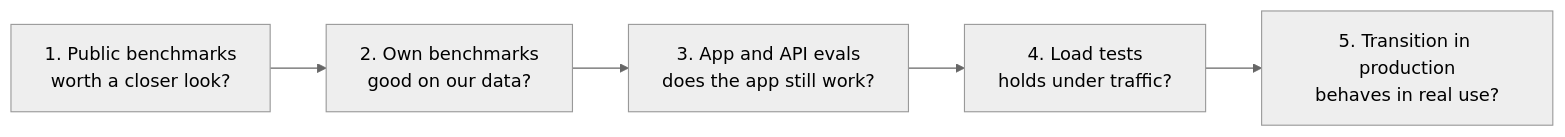
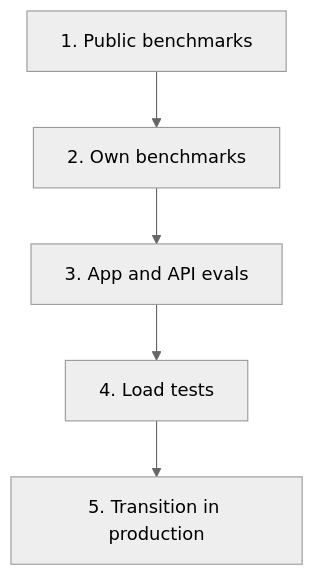
Before and after one commit to DCC-BS/documentation: the diagram in markdown/evaluation/how-we-test.md, drawn with Mermaid (neutral theme). The commit also changed 4 other files, not shown here.

Commit message:
fix(evaluation): readable layer diagram and tighter wording

````diff
--- a/markdown/evaluation/how-we-test.md
+++ b/markdown/evaluation/how-we-test.md
@@ -11,7 +11,7 @@
 ```mermaid
-flowchart LR
-    A["1. Public benchmarks<br/>worth a closer look?"] --> B["2. Own benchmarks<br/>good on our data?"]
-    B --> C["3. App and API evals<br/>does the app still work?"]
-    C --> D["4. Load tests<br/>holds under traffic?"]
-    D --> E["5. Transition in production<br/>behaves in real use?"]
+flowchart TB
+    A["1. Public benchmarks"] --> B["2. Own benchmarks"]
+    B --> C["3. App and API evals"]
+    C --> D["4. Load tests"]
+    D --> E["5. Transition in production"]
 ```
````
